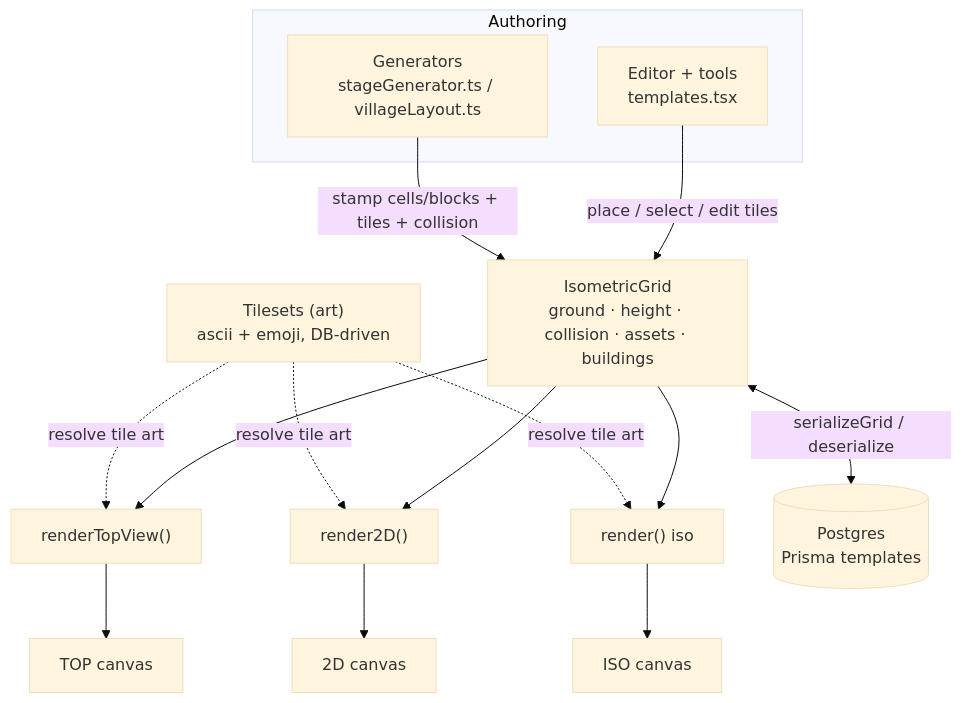
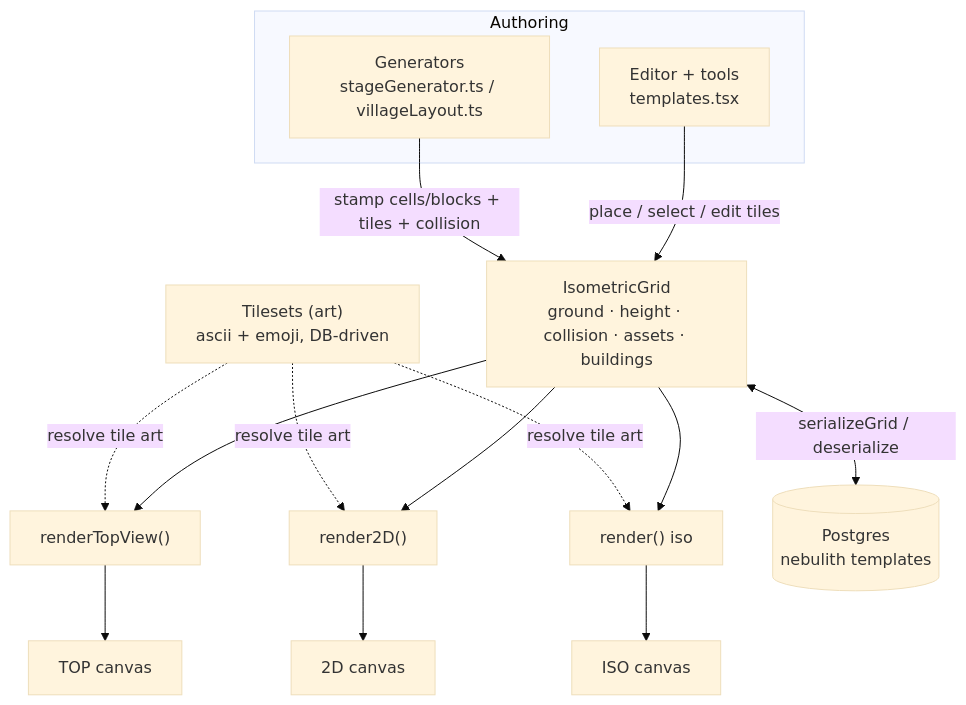
The first of 3 diagrams in docs/ENGINE-ARCHITECTURE.md (v1siond/game-website), drawn with Mermaid (base theme) before and after one commit. The commit also changed other lines of this file and 216 other files, not shown here.

````diff
--- a/docs/ENGINE-ARCHITECTURE.md
+++ b/docs/ENGINE-ARCHITECTURE.md
@@ -16,16 +16,16 @@
 ```mermaid
 flowchart TD
   subgraph author[Authoring]
     GEN["Generators<br/>stageGenerator.ts / villageLayout.ts"]
     ED["Editor + tools<br/>templates.tsx"]
   end
   GRID["IsometricGrid<br/>ground · height · collision · assets · buildings"]
   GEN -->|stamp cells/blocks + tiles + collision| GRID
   ED -->|place / select / edit tiles| GRID
   TS["Tilesets (art)<br/>ascii + emoji, DB-driven"]
   TS -. resolve tile art .-> R1 & R2 & R3
   GRID --> R1["renderTopView()"] --> TOP[TOP canvas]
   GRID --> R2["render2D()"] --> TWOD[2D canvas]
   GRID --> R3["render() iso"] --> ISO[ISO canvas]
-  GRID <-->|serializeGrid / deserialize| DB[("Postgres<br/>Prisma templates")]
+  GRID <-->|serializeGrid / deserialize| DB[("Postgres<br/>nebulith templates")]
 ```
````
